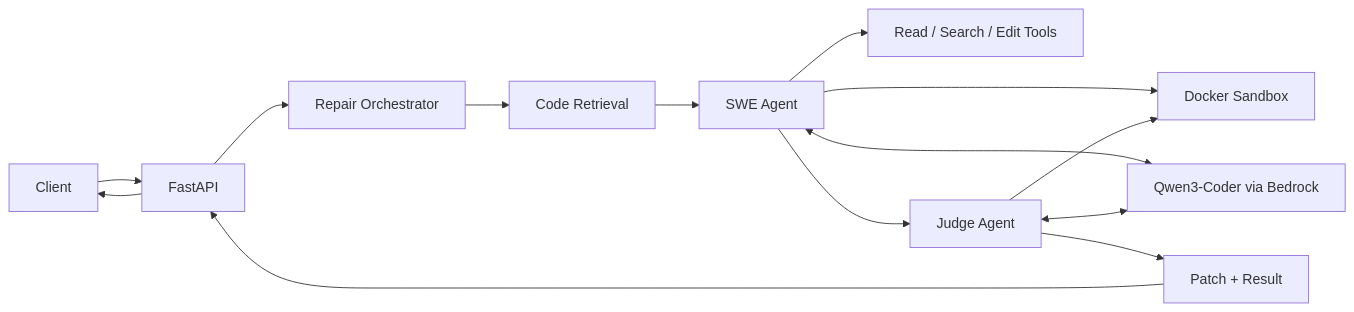
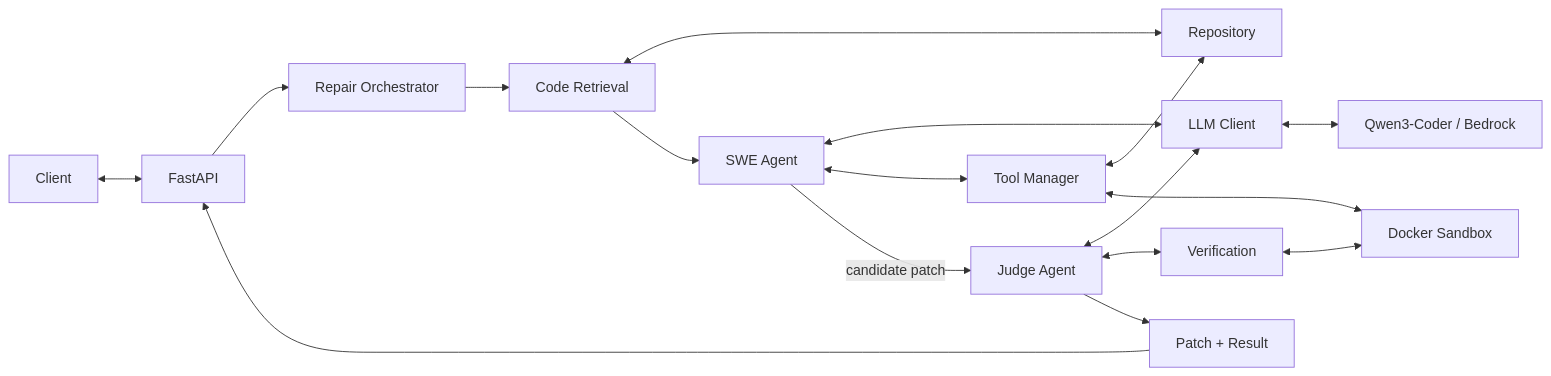
One commit to mpopov576/swe_agent changed the diagram in README.md. Above: the diagram before and after it, drawn with Mermaid. The commit also changed other lines of this file, not shown here.

````diff
--- a/README.md
+++ b/README.md
@@ -14,20 +14,25 @@
 ```mermaid
 flowchart LR
-    Client[Client] --> API[FastAPI]
+    Client[Client] <--> API[FastAPI]
     API --> Orchestrator[Repair Orchestrator]
 
-    Orchestrator --> Retrieval[Code Retrieval]
-    Retrieval --> Agent[SWE Agent]
+    Orchestrator --> Context[Code Retrieval]
+    Context <--> Repo[Repository]
 
-    Agent --> Tools[Read / Search / Edit Tools]
-    Agent --> Sandbox[Docker Sandbox]
-    Agent <--> Model[Qwen3-Coder via Bedrock]
+    Context --> Agent[SWE Agent]
 
-    Agent --> Judge[Judge Agent]
-    Judge --> Sandbox
-    Judge <--> Model
+    Agent <--> LLM[LLM Client]
+    LLM <--> Model[Qwen3-Coder / Bedrock]
 
-    Judge --> Artifacts[Patch + Result]
-    Artifacts --> API
-    API --> Client
+    Agent <--> Tools[Tool Manager]
+    Tools <--> Repo
+    Tools <--> Sandbox[Docker Sandbox]
+
+    Agent -->|candidate patch| Judge[Judge Agent]
+    Judge <--> LLM
+    Judge <--> Verify[Verification]
+    Verify <--> Sandbox
+
+    Judge --> Result[Patch + Result]
+    Result --> API
 ```
````
